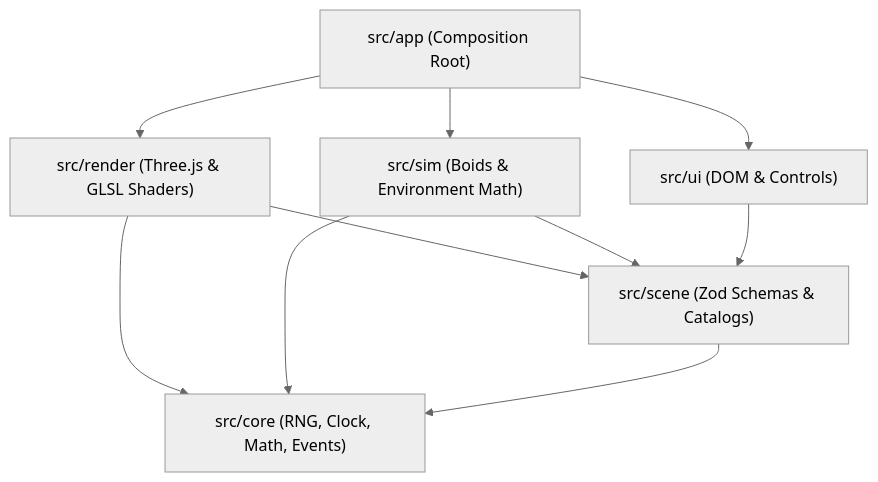
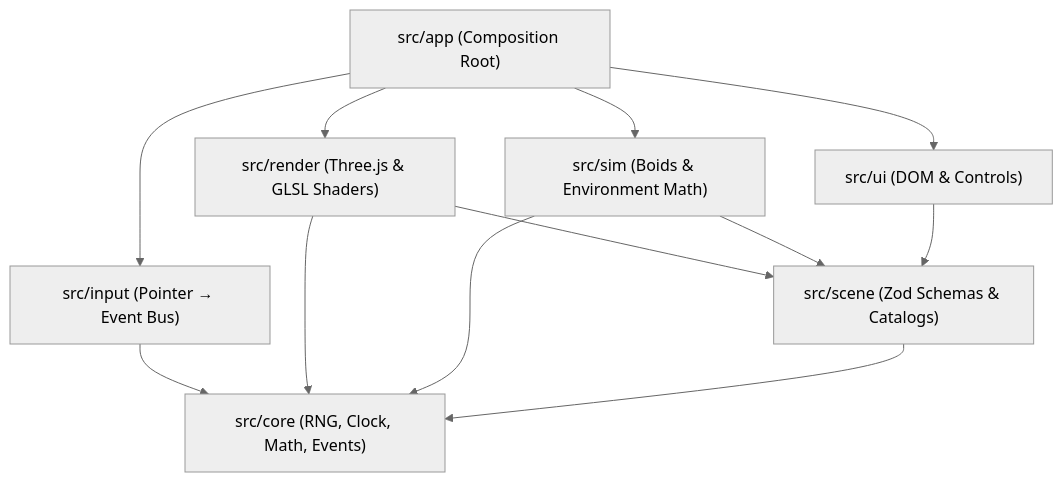
Before and after one commit to nispa/Aquaria: the diagram in docs/USER_GUIDE.md, drawn with Mermaid (neutral theme). The commit also changed other lines of this file and 5 other files, not shown here.

````diff
--- a/docs/USER_GUIDE.md
+++ b/docs/USER_GUIDE.md
@@ -173,12 +176,14 @@
 ```mermaid
 graph TD
   App["src/app (Composition Root)"] --> UI["src/ui (DOM & Controls)"]
+  App --> Input["src/input (Pointer → Event Bus)"]
+  Input --> Core
   App --> Render["src/render (Three.js & GLSL Shaders)"]
   App --> Sim["src/sim (Boids & Environment Math)"]
   Render --> Scene["src/scene (Zod Schemas & Catalogs)"]
   Sim --> Scene
   UI --> Scene
   Render --> Core["src/core (RNG, Clock, Math, Events)"]
   Sim --> Core
   Scene --> Core
 ```
````
